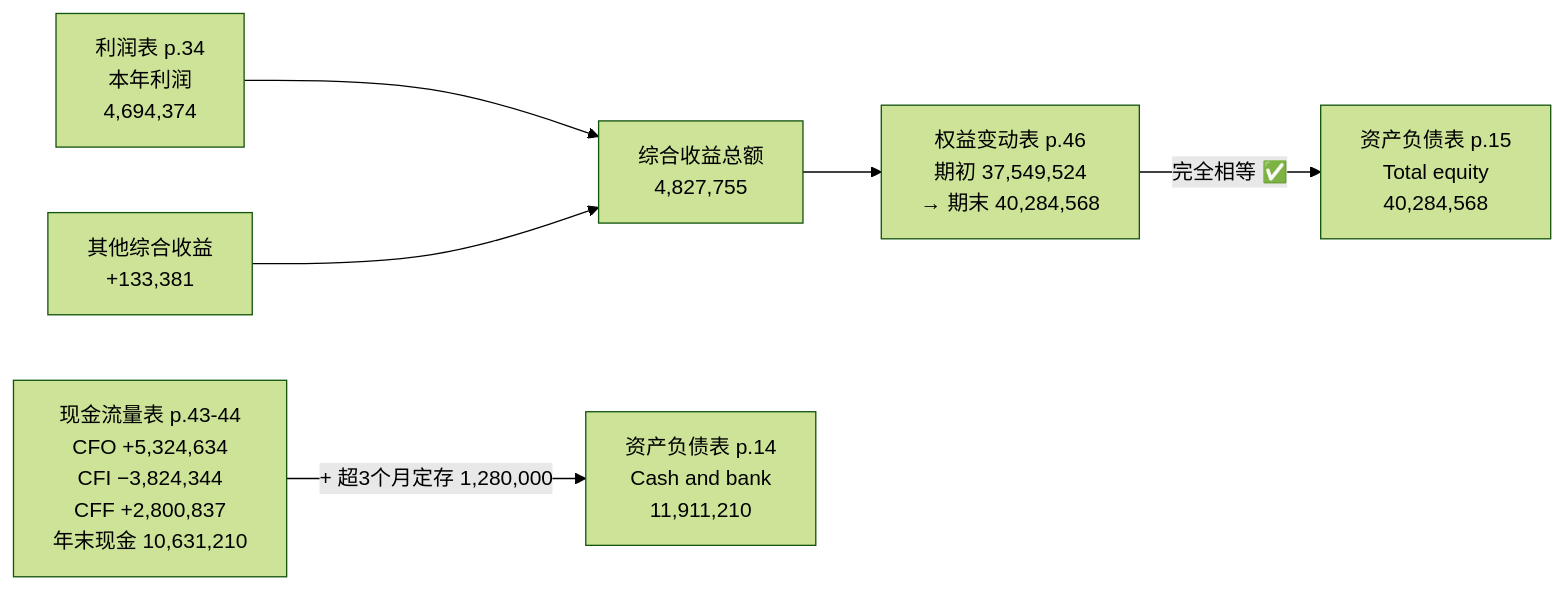
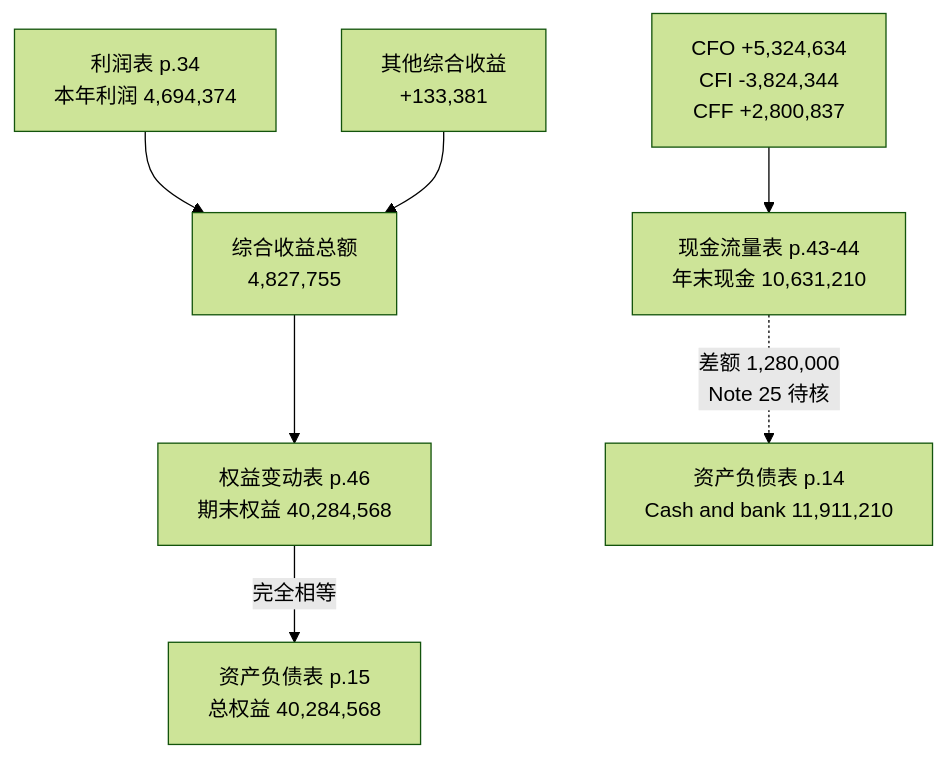
Before and after one commit to CercaTrovato/cityu-ai-course-notes: diagram 11 of 12 in AC6761_Artificial_Intelligence_Accounting/notes/M03-年报分析.md, drawn with Mermaid (forest theme). The commit also changed other lines of this file and 224 other files, not shown here.

First line of the commit message:
完善五门课图文可读性并更新仓库首页

````diff
--- a/AC6761_Artificial_Intelligence_Accounting/notes/M03-年报分析.md
+++ b/AC6761_Artificial_Intelligence_Accounting/notes/M03-年报分析.md
@@ -2747,17 +3650,13 @@
 ```mermaid
-flowchart LR
-    IS["利润表 p.34<br/>本年利润<br/>4,694,374"]
+flowchart TD
+    IS["利润表 p.34<br/>本年利润 4,694,374"]
     OCI["其他综合收益<br/>+133,381"]
-    TCI["综合收益总额<br/>4,827,755"]
-    SOCIE["权益变动表 p.46<br/>期初 37,549,524<br/>→ 期末 40,284,568"]
-    BS["资产负债表 p.15<br/>Total equity<br/>40,284,568"]
+    IS --> TCI["综合收益总额<br/>4,827,755"]
+    OCI --> TCI
+    TCI --> SOCIE["权益变动表 p.46<br/>期末权益 40,284,568"]
+    SOCIE -->|"完全相等"| BS["资产负债表 p.15<br/>总权益 40,284,568"]
 
-    CF["现金流量表 p.43-44<br/>CFO +5,324,634<br/>CFI −3,824,344<br/>CFF +2,800,837<br/>年末现金 10,631,210"]
-    BSC["资产负债表 p.14<br/>Cash and bank<br/>11,911,210"]
-
-    IS --> TCI
-    OCI --> TCI
-    TCI --> SOCIE
-    SOCIE -->|"完全相等 ✅"| BS
-    CF -->|"+ 超3个月定存 1,280,000"| BSC
+    CF["现金流量表 p.43-44<br/>年末现金 10,631,210"]
+    CF -.->|"差额 1,280,000<br/>Note 25 待核"| BSC["资产负债表 p.14<br/>Cash and bank 11,911,210"]
+    CFD["CFO +5,324,634<br/>CFI -3,824,344<br/>CFF +2,800,837"] --> CF
 ```
````
